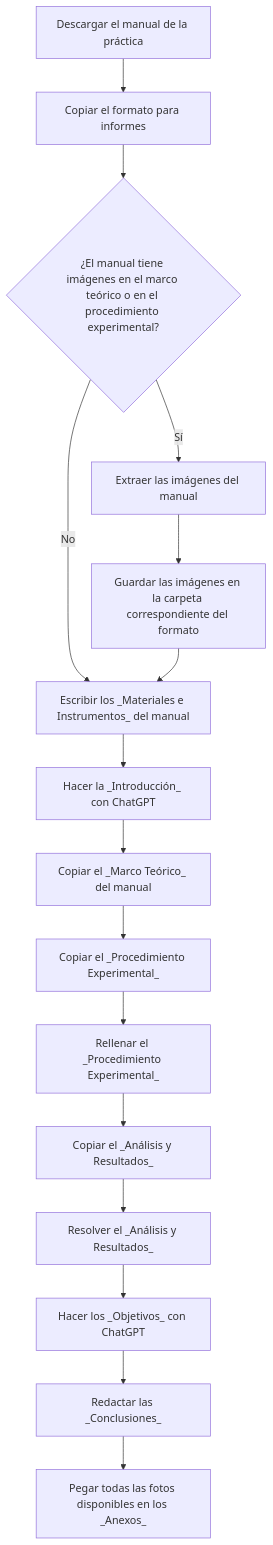
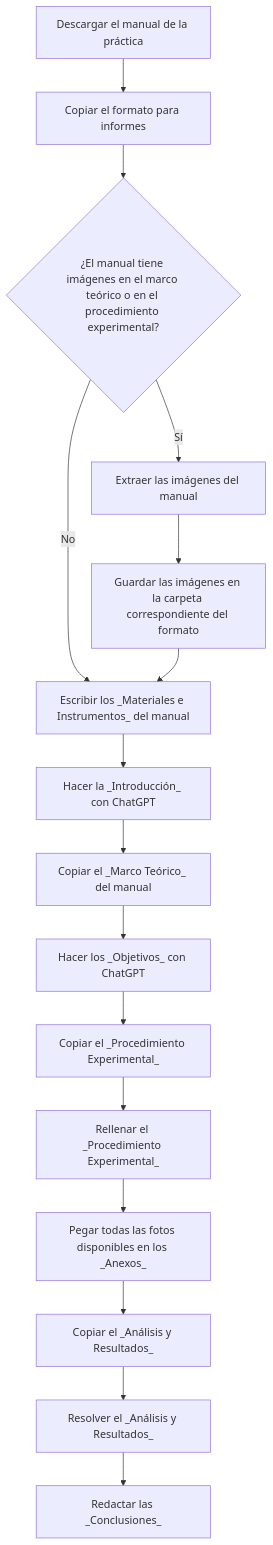
The diagram in IE221/Lab/README.md (IvanHHdz/Clases), drawn with Mermaid before and after one commit. The commit also changed 27 other files, not shown here.

````diff
--- a/IE221/Lab/README.md
+++ b/IE221/Lab/README.md
@@ -7,34 +7,34 @@
 ```mermaid
 flowchart TD
     A --> B
     B --> C
     C -- Sí --> D
     D --> E
     C -- No --> F
     E --> F
     F --> G
     G --> H
     H --> I
     I --> J
     J --> K
     K --> L
     L --> M
     M --> N
     N --> O
 
     A[Descargar el manual de la práctica]
     B[Copiar el formato para informes]
     C{¿El manual tiene imágenes en el marco teórico o en el procedimiento experimental?}
     D[Extraer las imágenes del manual]
     E[Guardar las imágenes en la carpeta correspondiente del formato]
     F[Escribir los _Materiales e Instrumentos_ del manual]
     G[Hacer la _Introducción_ con ChatGPT]
     H[Copiar el _Marco Teórico_ del manual]
-    I[Copiar el _Procedimiento Experimental_]
-    J[Rellenar el _Procedimiento Experimental_]
-    K[Copiar el _Análisis y Resultados_]
-    L[Resolver el _Análisis y Resultados_]
-    M[Hacer los _Objetivos_ con ChatGPT]
-    N[Redactar las _Conclusiones_]
-    O[Pegar todas las fotos disponibles en los _Anexos_]
+    I[Hacer los _Objetivos_ con ChatGPT]
+    J[Copiar el _Procedimiento Experimental_]
+    K[Rellenar el _Procedimiento Experimental_]
+    L[Pegar todas las fotos disponibles en los _Anexos_]
+    M[Copiar el _Análisis y Resultados_]
+    N[Resolver el _Análisis y Resultados_]
+    O[Redactar las _Conclusiones_]
 ```
````
